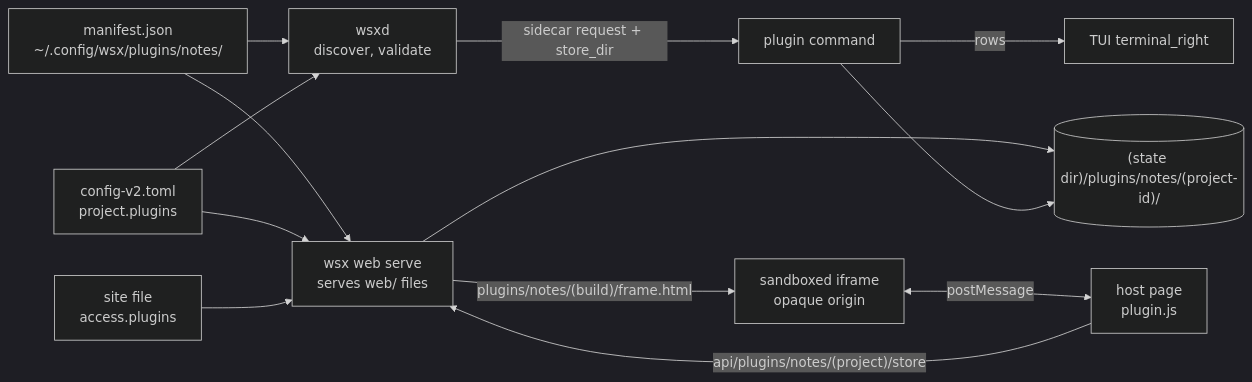
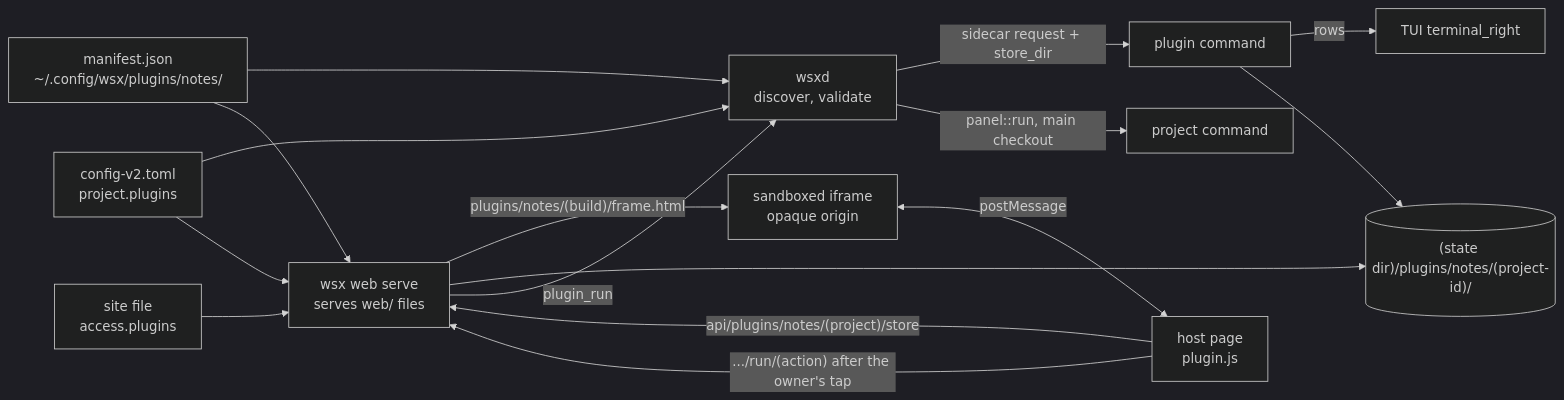
The diagram in docs/design/client-plugins.md (vlwkaos/wsx), drawn with Mermaid (dark theme) before and after one commit. The commit also changed other lines of this file and 57 other files, not shown here.

Commit message:
client-plugins design: actions (a plugin runs a declared project command), mockups of the sheet, the tap and the result

````diff
--- a/docs/design/client-plugins.md
+++ b/docs/design/client-plugins.md
@@ -41,15 +42,18 @@
 ```mermaid
 flowchart LR
   M["manifest.json<br/>~/.config/wsx/plugins/notes/"] --> D["wsxd<br/>discover, validate"]
   M --> W["wsx web serve<br/>serves web/ files"]
   C["config-v2.toml<br/>project.plugins"] --> D
   C --> W
   S["site file<br/>access.plugins"] --> W
   D -->|"sidecar request + store_dir"| P["plugin command"]
   P -->|rows| T["TUI terminal_right"]
   W -->|"plugins/notes/(build)/frame.html"| F["sandboxed iframe<br/>opaque origin"]
   F <-->|postMessage| H["host page<br/>plugin.js"]
   H -->|"api/plugins/notes/(project)/store"| W
   W --> K[("(state dir)/plugins/notes/(project-id)/")]
   P --> K
+  H -->|".../run/(action) after the owner's tap"| W
+  W -->|"plugin_run"| D
+  D -->|"panel::run, main checkout"| X["project command"]
 ```
````
